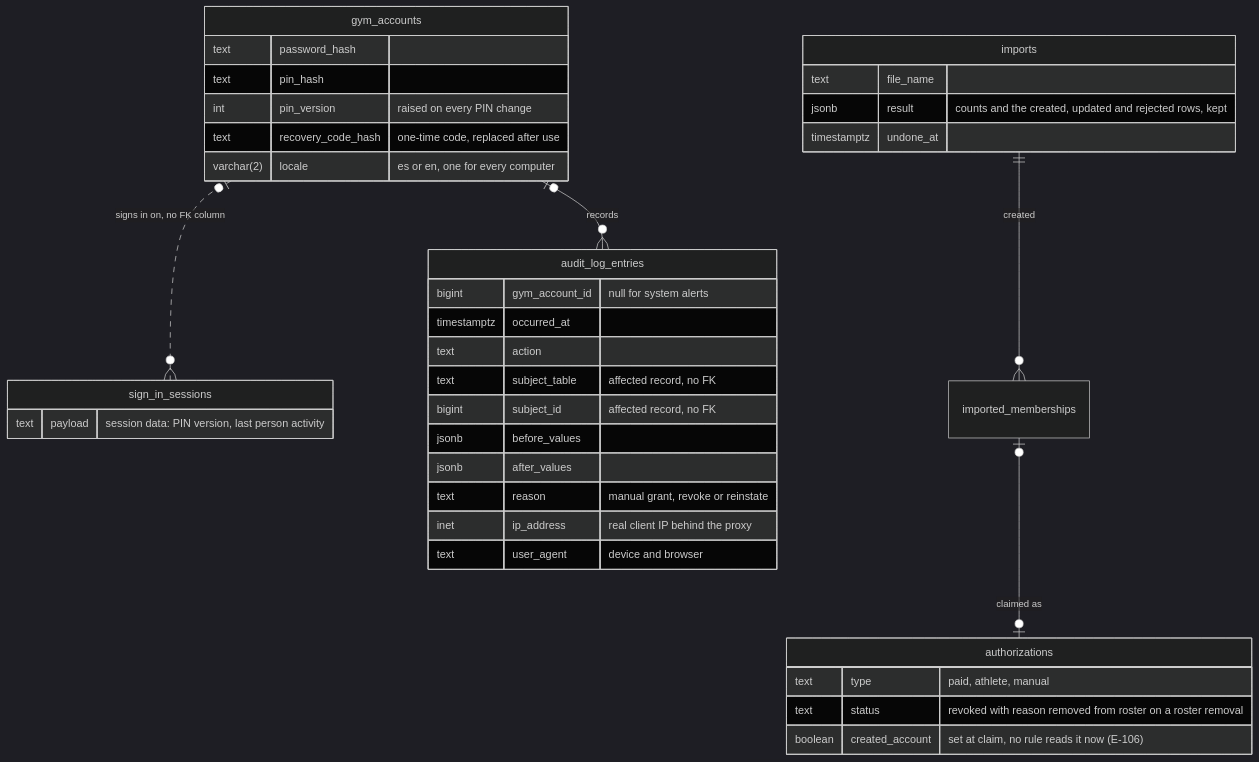
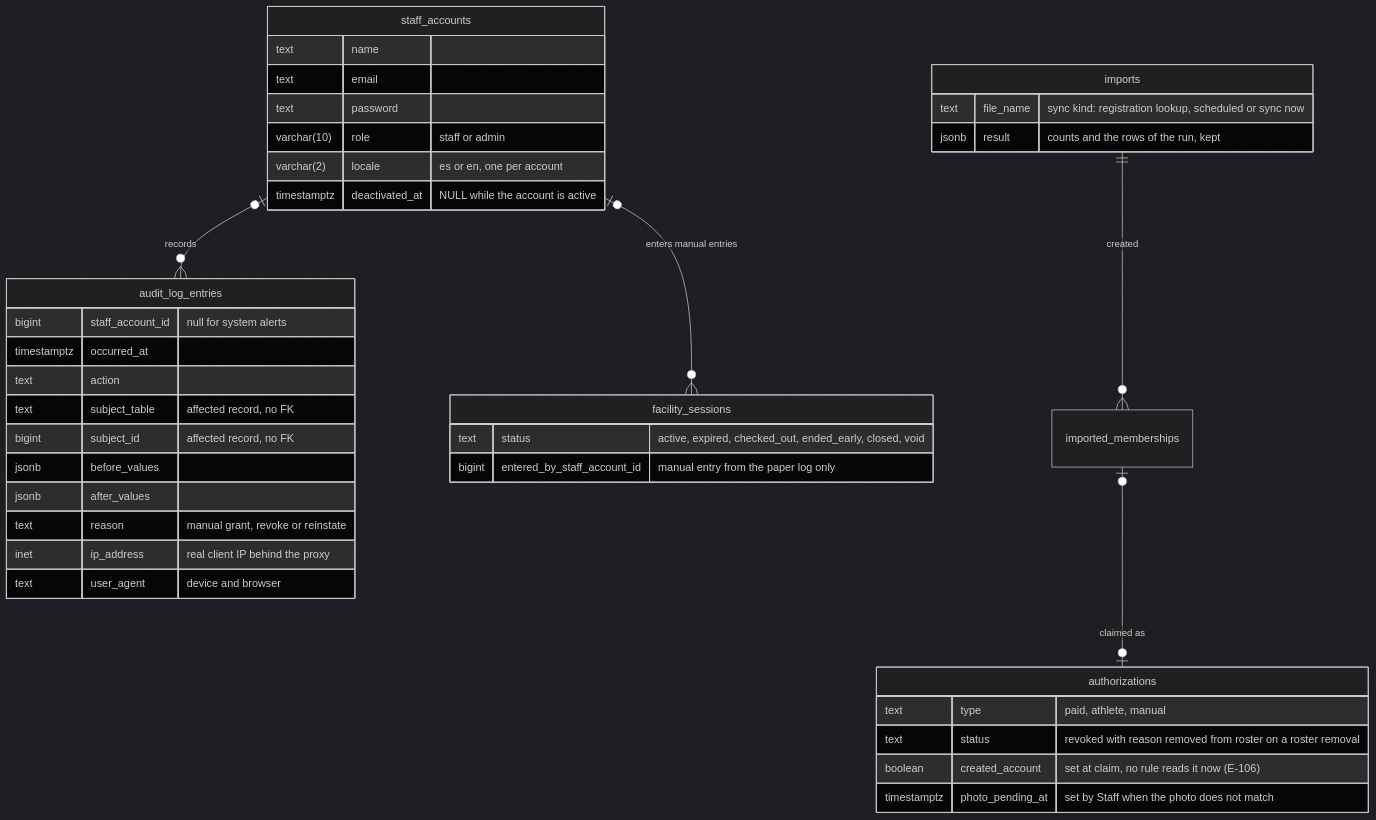
One commit to Th3-Minorities/natatorio-gym-app changed diagram 15 of 17 in docs/design/admin-flows.md. Above: the diagram before and after it, drawn with Mermaid (dark theme). The commit also changed other lines of this file and 8 other files, not shown here.

Commit message:
Update the SRS and design docs for personal staff accounts, check-out, one roster, store sync and the other meeting decisions

````diff
--- a/docs/design/admin-flows.md
+++ b/docs/design/admin-flows.md
@@ -482,39 +407,41 @@
 ```mermaid
 erDiagram
-  gym_accounts |o..o{ sign_in_sessions : "signs in on, no FK column"
-  gym_accounts |o--o{ audit_log_entries : "records"
+  staff_accounts |o--o{ audit_log_entries : "records"
+  staff_accounts |o--o{ facility_sessions : "enters manual entries"
   imports ||--o{ imported_memberships : "created"
   imported_memberships |o--o| authorizations : "claimed as"
-  gym_accounts {
-    text password_hash
-    text pin_hash
-    int pin_version "raised on every PIN change"
-    text recovery_code_hash "one-time code, replaced after use"
-    varchar(2) locale "es or en, one for every computer"
-  }
-  sign_in_sessions {
-    text payload "session data: PIN version, last person activity"
+  staff_accounts {
+    text name
+    text email
+    text password
+    varchar(10) role "staff or admin"
+    varchar(2) locale "es or en, one per account"
+    timestamptz deactivated_at "NULL while the account is active"
   }
   imports {
-    text file_name
-    jsonb result "counts and the created, updated and rejected rows, kept"
-    timestamptz undone_at
+    text file_name "sync kind: registration lookup, scheduled or sync now"
+    jsonb result "counts and the rows of the run, kept"
   }
   audit_log_entries {
-    bigint gym_account_id "null for system alerts"
+    bigint staff_account_id "null for system alerts"
     timestamptz occurred_at
     text action
     text subject_table "affected record, no FK"
     bigint subject_id "affected record, no FK"
     jsonb before_values
     jsonb after_values
     text reason "manual grant, revoke or reinstate"
     inet ip_address "real client IP behind the proxy"
     text user_agent "device and browser"
   }
   authorizations {
     text type "paid, athlete, manual"
     text status "revoked with reason removed from roster on a roster removal"
     boolean created_account "set at claim, no rule reads it now (E-106)"
+    timestamptz photo_pending_at "set by Staff when the photo does not match"
+  }
+  facility_sessions {
+    text status "active, expired, checked_out, ended_early, closed, void"
+    bigint entered_by_staff_account_id "manual entry from the paper log only"
   }
 ```
````
